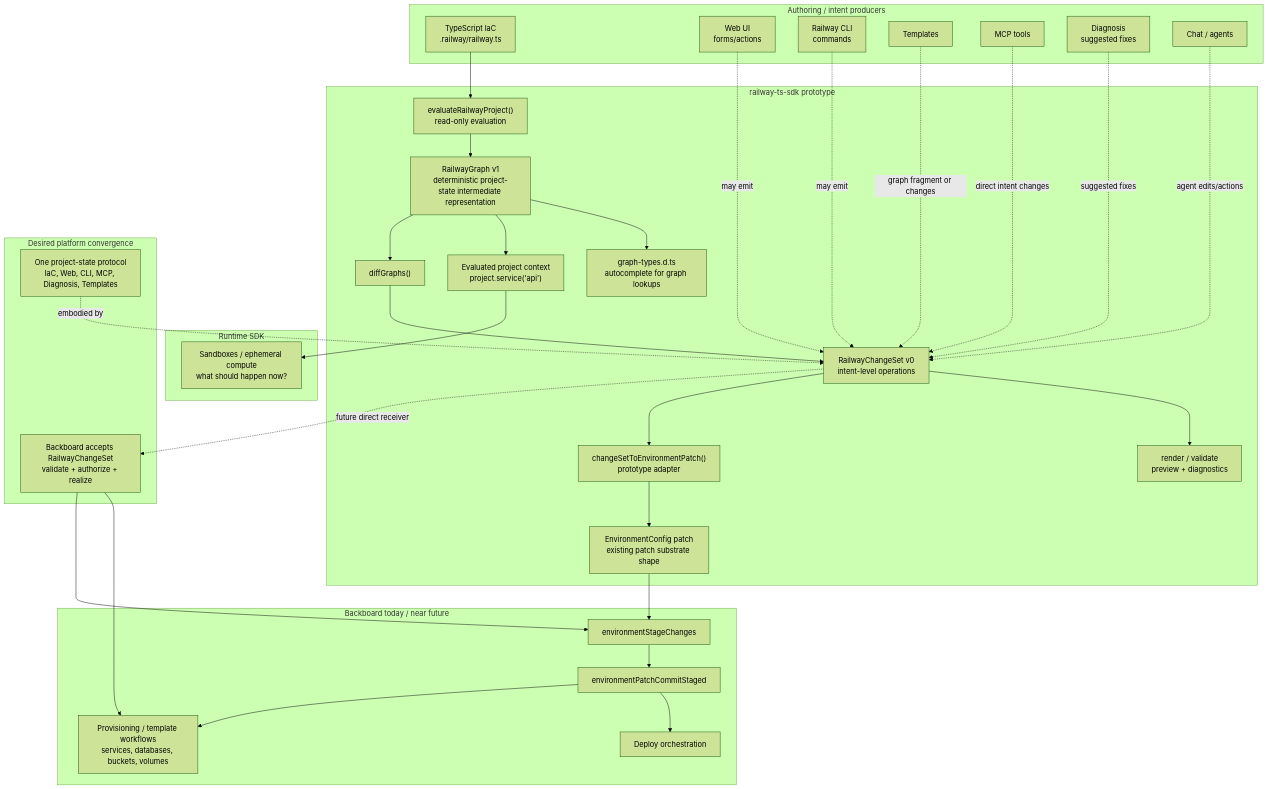
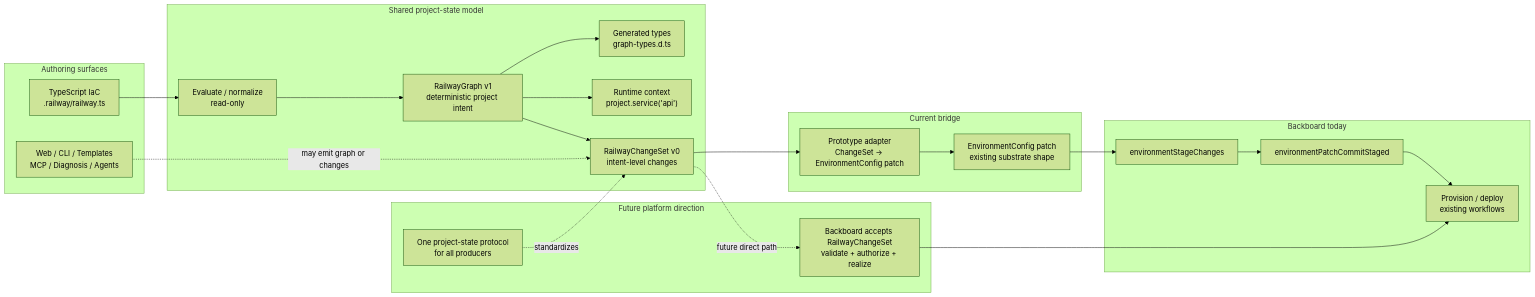
Before and after one commit to railwayapp/railway-ts-sdk: the diagram in docs/iac-architecture.md, drawn with Mermaid (forest theme). The commit also changed 1 other file, not shown here.

Commit message:
simplify iac architecture diagram

````diff
--- a/docs/iac-architecture.md
+++ b/docs/iac-architecture.md
@@ -3,62 +3,42 @@
 ```mermaid
-flowchart TD
-  subgraph Producers[Authoring / intent producers]
+flowchart LR
+  subgraph A[Authoring surfaces]
     TS["TypeScript IaC<br/>.railway/railway.ts"]
-    Web["Web UI<br/>forms/actions"]
-    CLI["Railway CLI<br/>commands"]
-    Templates["Templates"]
-    MCP["MCP tools"]
-    Diagnosis["Diagnosis<br/>suggested fixes"]
-    Chat["Chat / agents"]
+    Other["Web / CLI / Templates<br/>MCP / Diagnosis / Agents"]
   end
 
-  subgraph SDK["railway-ts-sdk prototype"]
-    Eval["evaluateRailwayProject()<br/>read-only evaluation"]
-    Graph["RailwayGraph v1<br/>deterministic project-state intermediate representation"]
-    Typegen["graph-types.d.ts<br/>autocomplete for graph lookups"]
-    RuntimeCtx["Evaluated project context<br/>project.service('api')"]
-    Diff["diffGraphs()"]
-    ChangeSet["RailwayChangeSet v0<br/>intent-level operations"]
-    Render["render / validate<br/>preview + diagnostics"]
-    PatchAdapter["changeSetToEnvironmentPatch()<br/>prototype adapter"]
-    EnvPatch["EnvironmentConfig patch<br/>existing patch substrate shape"]
+  subgraph B[Shared project-state model]
+    Eval["Evaluate / normalize<br/>read-only"]
+    Graph["RailwayGraph v1<br/>deterministic project intent"]
+    Types["Generated types<br/>graph-types.d.ts"]
+    Runtime["Runtime context<br/>project.service('api')"]
+    ChangeSet["RailwayChangeSet v0<br/>intent-level changes"]
   end
 
-  subgraph Runtime["Runtime SDK"]
-    Sandbox["Sandboxes / ephemeral compute<br/>what should happen now?"]
+  subgraph C[Current bridge]
+    Adapter["Prototype adapter<br/>ChangeSet → EnvironmentConfig patch"]
+    Patch["EnvironmentConfig patch<br/>existing substrate shape"]
   end
 
-  subgraph Backboard["Backboard today / near future"]
+  subgraph D[Backboard today]
     Stage["environmentStageChanges"]
     Commit["environmentPatchCommitStaged"]
-    Provision["Provisioning / template workflows<br/>services, databases, buckets, volumes"]
-    Deploy["Deploy orchestration"]
+    Apply["Provision / deploy<br/>existing workflows"]
   end
 
-  subgraph Future["Desired platform convergence"]
-    BackboardChangeSet["Backboard accepts RailwayChangeSet<br/>validate + authorize + realize"]
-    SharedProtocol["One project-state protocol<br/>IaC, Web, CLI, MCP, Diagnosis, Templates"]
+  subgraph E[Future platform direction]
+    Receiver["Backboard accepts RailwayChangeSet<br/>validate + authorize + realize"]
+    Protocol["One project-state protocol<br/>for all producers"]
   end
 
-  TS --> Eval --> Graph
-  Graph --> Typegen
-  Graph --> RuntimeCtx
-  RuntimeCtx --> Sandbox
-  Graph --> Diff --> ChangeSet
+  TS --> Eval --> Graph --> ChangeSet
+  Other -. "may emit graph or changes" .-> ChangeSet
 
-  Web -. may emit .-> ChangeSet
-  CLI -. may emit .-> ChangeSet
-  Templates -. graph fragment or changes .-> ChangeSet
-  MCP -. direct intent changes .-> ChangeSet
-  Diagnosis -. suggested fixes .-> ChangeSet
-  Chat -. agent edits/actions .-> ChangeSet
+  Graph --> Types
+  Graph --> Runtime
 
-  ChangeSet --> Render
-  ChangeSet --> PatchAdapter --> EnvPatch --> Stage --> Commit --> Deploy
-  Commit --> Provision
+  ChangeSet --> Adapter --> Patch --> Stage --> Commit --> Apply
 
-  ChangeSet -. future direct receiver .-> BackboardChangeSet
-  BackboardChangeSet --> Provision
-  BackboardChangeSet --> Stage
-  SharedProtocol -. embodied by .-> ChangeSet
+  ChangeSet -. "future direct path" .-> Receiver --> Apply
+  Protocol -. "standardizes" .-> ChangeSet
 ```
````
